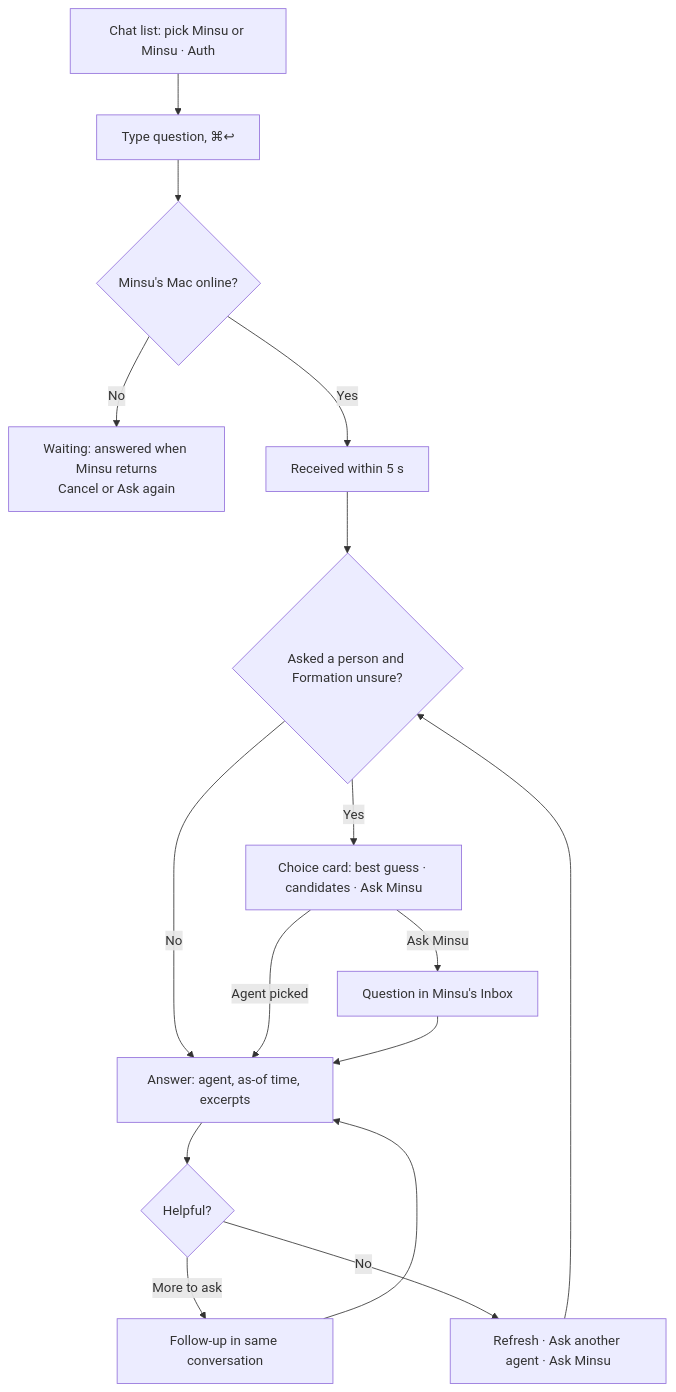
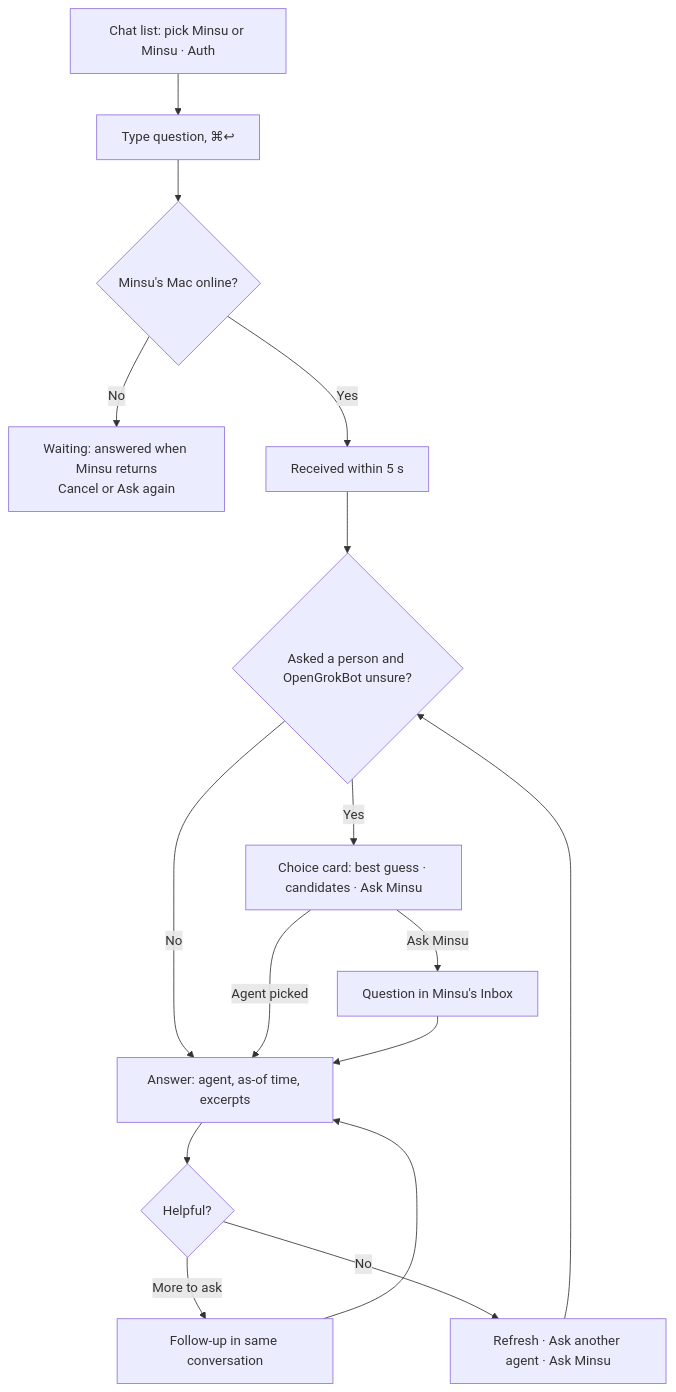
Before and after one commit to callmejustdodo/OpenGrokBot: the first of 7 diagrams in documentations/3_screen_list_and_user_flows.md, drawn with Mermaid. The commit also changed other lines of this file and 42 other files, not shown here.

First line of the commit message:
chore(brand): show the product as OpenGrokBot wherever users see its name (#142)

````diff
--- a/documentations/3_screen_list_and_user_flows.md
+++ b/documentations/3_screen_list_and_user_flows.md
@@ -178,15 +178,15 @@
 ```mermaid
 flowchart TD
   A[Chat list: pick Minsu or Minsu · Auth] --> B[Type question, ⌘↩]
   B --> C{Minsu's Mac online?}
   C -- No --> W[Waiting: answered when Minsu returns<br/>Cancel or Ask again]
   C -- Yes --> D[Received within 5 s]
-  D --> E{Asked a person and Formation unsure?}
+  D --> E{Asked a person and OpenGrokBot unsure?}
   E -- No --> F[Answer: agent, as-of time, excerpts]
   E -- Yes --> G[Choice card: best guess · candidates · Ask Minsu]
   G -- Agent picked --> F
   G -- Ask Minsu --> H[Question in Minsu's Inbox] --> F
   F --> I{Helpful?}
   I -- More to ask --> J[Follow-up in same conversation] --> F
   I -- No --> K[Refresh · Ask another agent · Ask Minsu] --> E
 ```
````
